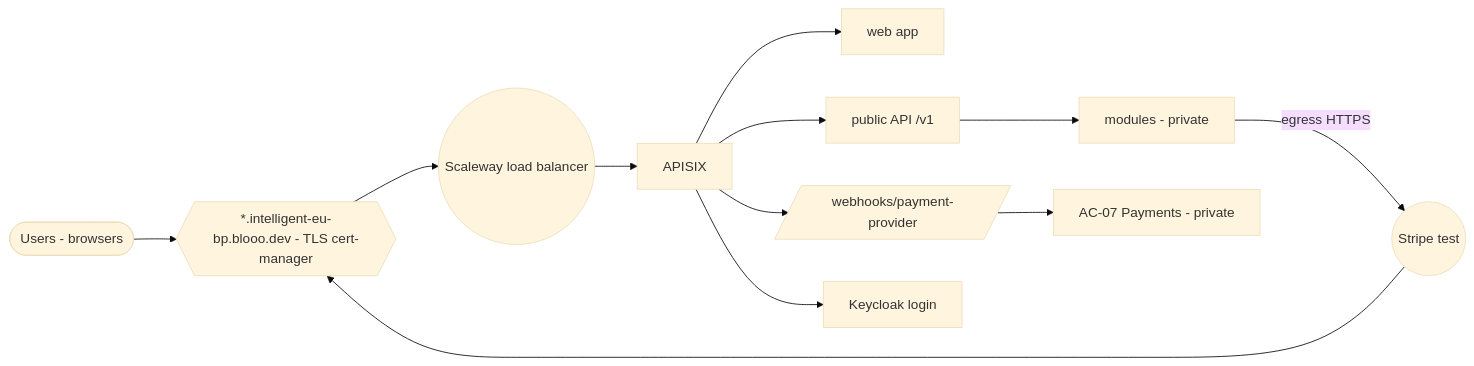
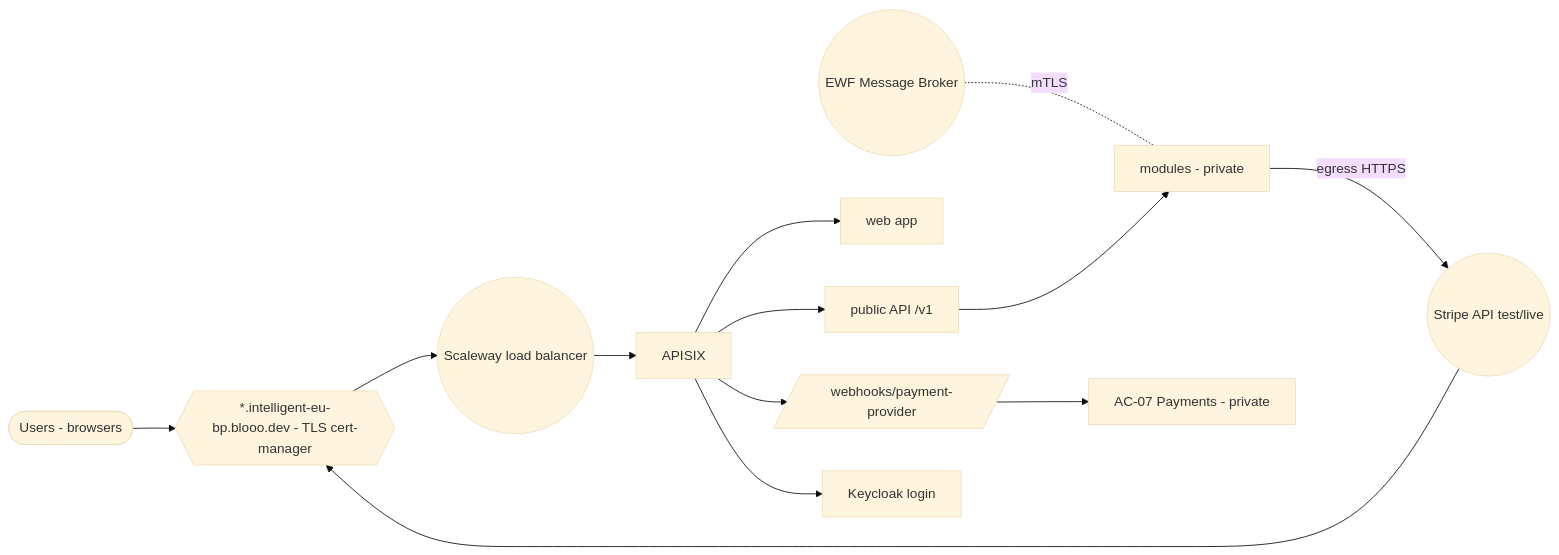
One commit to blooo-io/intelligent-eu-bps-source changed the second of 2 diagrams in docs/architecture/05-physical-architecture.md. Above: the diagram before and after it, drawn with Mermaid (base theme). The commit also changed other lines of this file and 96 other files, not shown here.

````diff
--- a/docs/architecture/05-physical-architecture.md
+++ b/docs/architecture/05-physical-architecture.md
@@ -84,15 +84,16 @@
 ```mermaid
 %% elk %%
 flowchart LR
   USER([Users - browsers]) --> DNS{{*.intelligent-eu-bp.blooo.dev - TLS cert-manager}}
-  STRIPE((Stripe test)) --> DNS
+  STRIPE((Stripe API test/live)) --> DNS
+  EWF((EWF Message Broker)) -. mTLS .- MODS
   DNS --> LB((Scaleway load balancer))
   LB --> APX[APISIX]
   APX --> WEB[web app]
   APX --> API[public API /v1]
   APX --> HOOK[/webhooks/payment-provider/]
   APX --> KC[Keycloak login]
   API --> MODS[modules - private]
   HOOK --> PAY[AC-07 Payments - private]
   MODS -- egress HTTPS --> STRIPE
 ```
````
